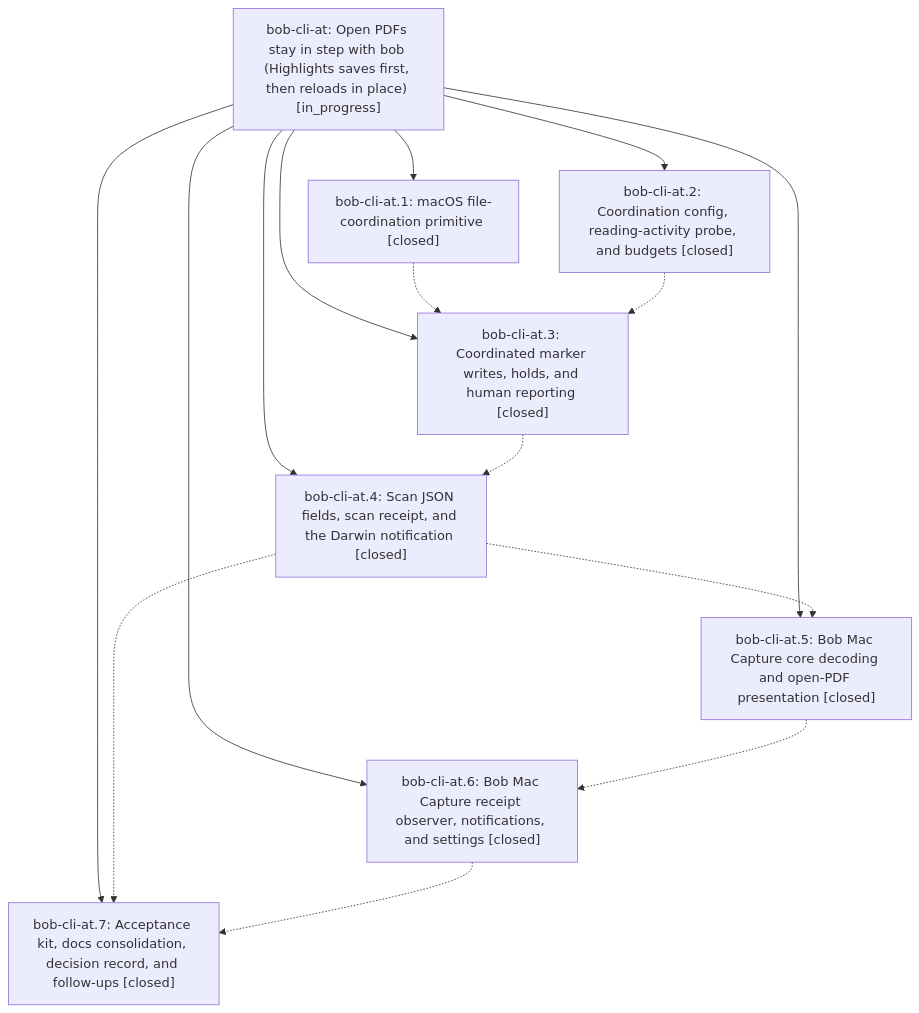
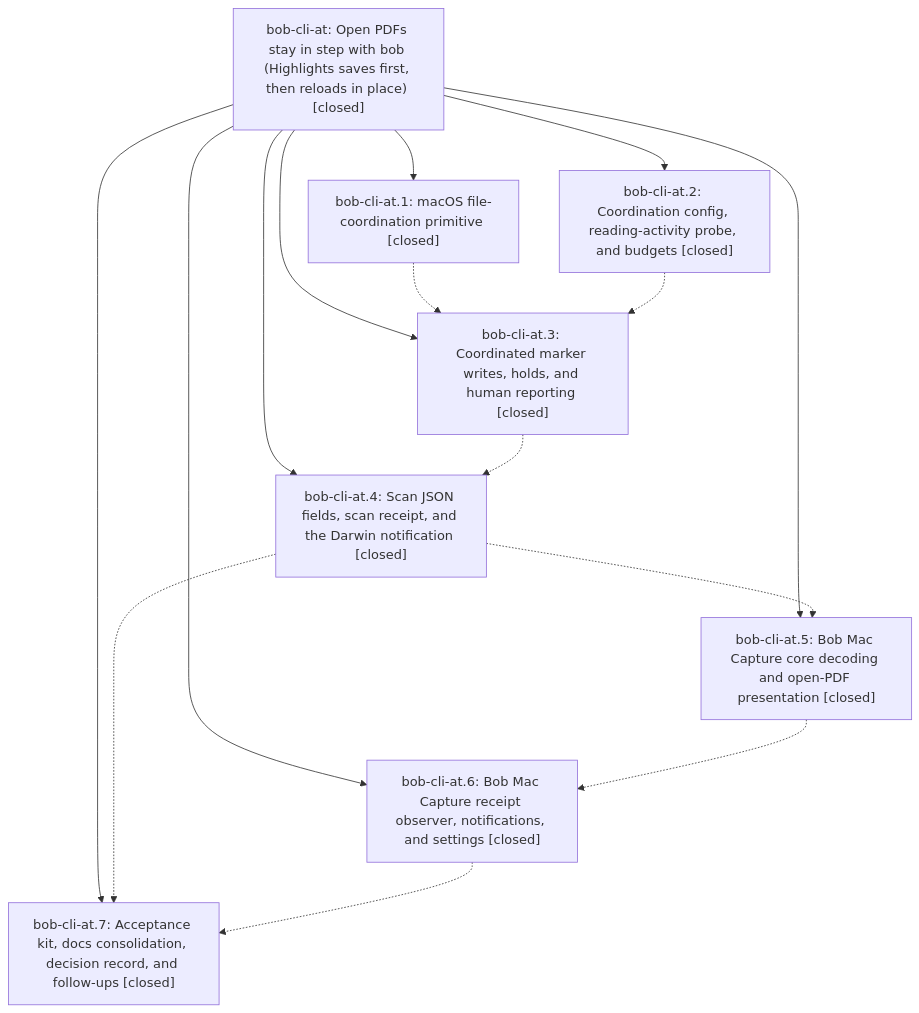
One commit to bobs-org/bob-cli--beads changed the diagram in pages/bob-cli-at/README.md. Above: the diagram before and after it, drawn with Mermaid. The commit also changed other lines of this file and 3 other files, not shown here.

First line of the commit message:
chore(beads): sync bead state and pages for bob-cli-at

````diff
--- a/pages/bob-cli-at/README.md
+++ b/pages/bob-cli-at/README.md
@@ -42,25 +54,25 @@
 ```mermaid
 flowchart TD
-    n0["bob-cli-at: Open PDFs stay in step with bob (Highlights saves first, then reloads in place) [in_progress]"]
+    n0["bob-cli-at: Open PDFs stay in step with bob (Highlights saves first, then reloads in place) [closed]"]
     n1["bob-cli-at.1: macOS file-coordination primitive [closed]"]
     n2["bob-cli-at.2: Coordination config, reading-activity probe, and budgets [closed]"]
     n3["bob-cli-at.3: Coordinated marker writes, holds, and human reporting [closed]"]
     n4["bob-cli-at.4: Scan JSON fields, scan receipt, and the Darwin notification [closed]"]
     n5["bob-cli-at.5: Bob Mac Capture core decoding and open-PDF presentation [closed]"]
     n6["bob-cli-at.6: Bob Mac Capture receipt observer, notifications, and settings [closed]"]
     n7["bob-cli-at.7: Acceptance kit, docs consolidation, decision record, and follow-ups [closed]"]
     n0 --> n1
     n0 --> n2
     n0 --> n3
     n0 --> n4
     n0 --> n5
     n0 --> n6
     n0 --> n7
     n1 -.-> n3
     n2 -.-> n3
     n3 -.-> n4
     n4 -.-> n5
     n4 -.-> n7
     n5 -.-> n6
     n6 -.-> n7
 ```
````
